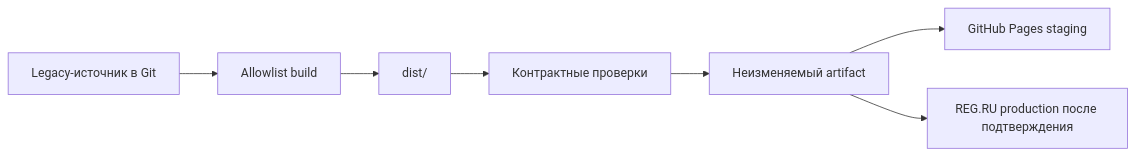
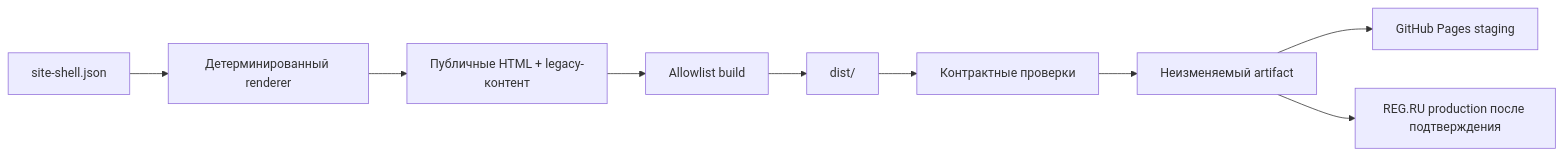
One commit to olmazen/stroibad-2 changed the diagram in docs/ARCHITECTURE.md. Above: the diagram before and after it, drawn with Mermaid. The commit also changed other lines of this file and 318 other files, not shown here.

Commit message:
Unify the public site shell

````diff
--- a/docs/ARCHITECTURE.md
+++ b/docs/ARCHITECTURE.md
@@ -15,9 +15,11 @@
 ```mermaid
 flowchart LR
-    A["Legacy-источник в Git"] --> B["Allowlist build"]
+    S["site-shell.json"] --> R["Детерминированный renderer"]
+    R --> A["Публичные HTML + legacy-контент"]
+    A --> B["Allowlist build"]
     B --> C["dist/"]
     C --> D["Контрактные проверки"]
     D --> E["Неизменяемый artifact"]
     E --> F["GitHub Pages staging"]
     E --> G["REG.RU production после подтверждения"]
 ```
````
